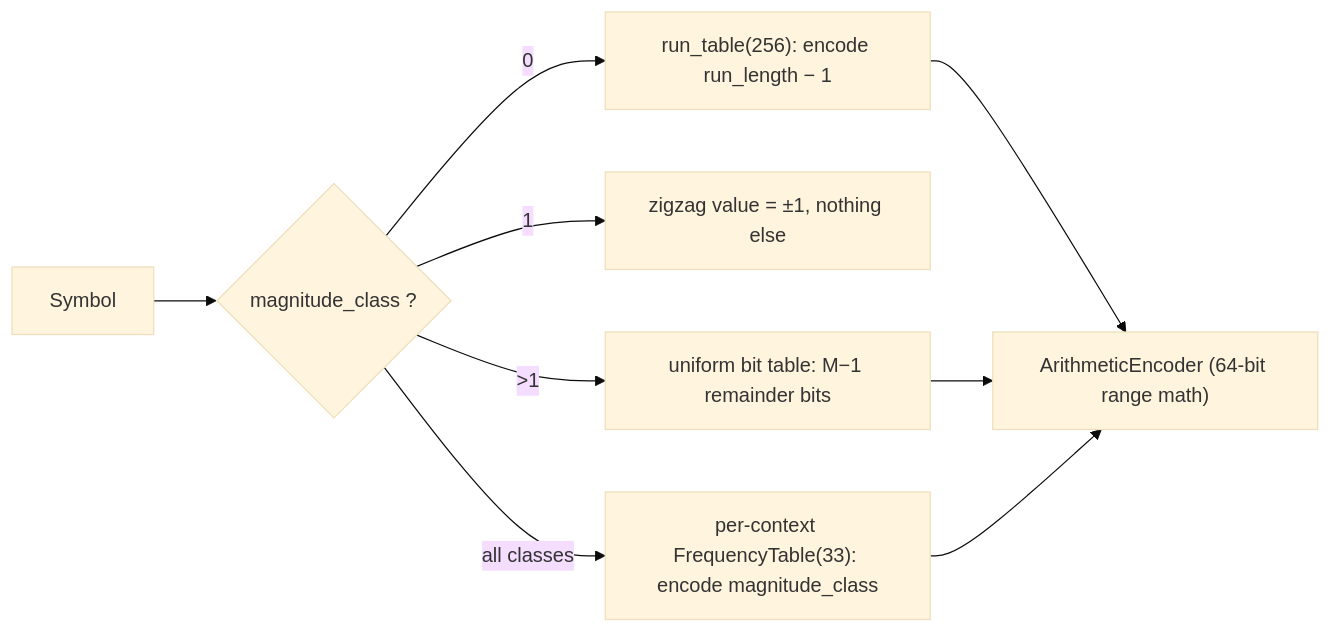
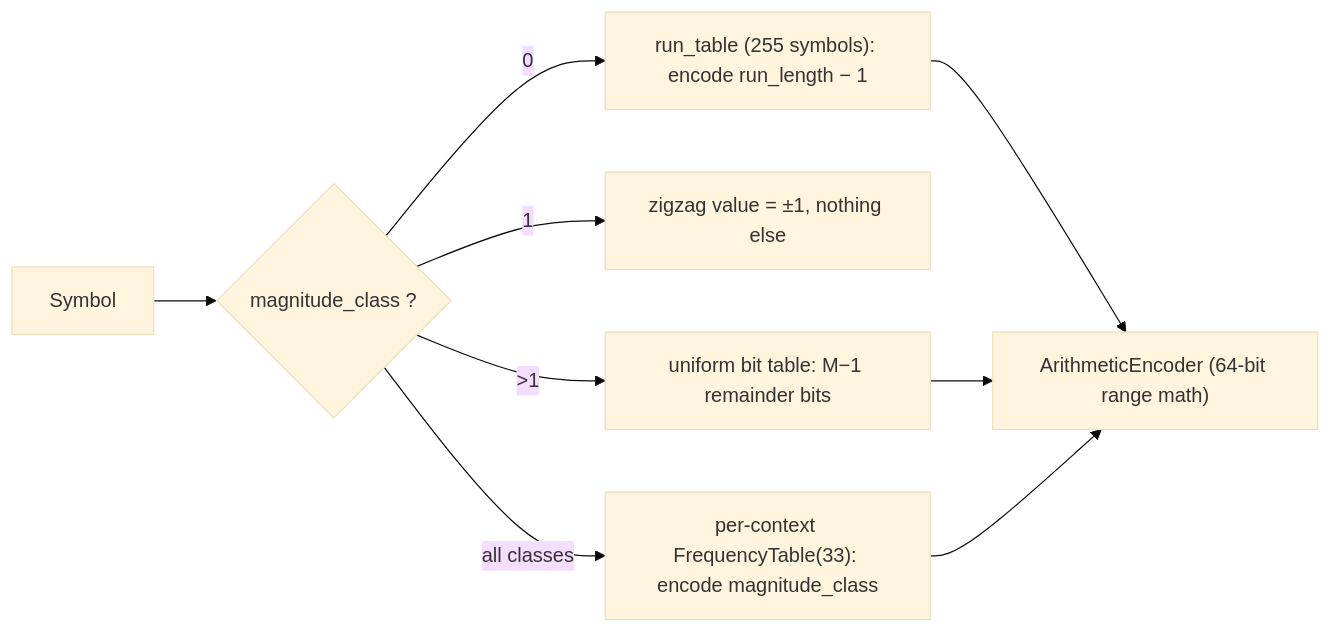
The sixth of 10 diagrams in docs/pipeline.md (yashwk/libxtm), drawn with Mermaid (base theme) before and after one commit. The commit also changed other lines of this file and 30 other files, not shown here.

````diff
--- a/docs/pipeline.md
+++ b/docs/pipeline.md
@@ -278,11 +281,11 @@
 ```mermaid
 flowchart LR
     SYM["Symbol"] --> M0{"magnitude_class ?"}
-    M0 -- "0" --> RT["run_table(256): encode run_length − 1"]
+    M0 -- "0" --> RT["run_table (255 symbols): encode run_length − 1"]
     M0 -- "1" --> MAG1["zigzag value = ±1, nothing else"]
     M0 -- ">1" --> REMB["uniform bit table: M−1 remainder bits"]
     M0 -- "all classes" --> CT["per-context FrequencyTable(33): encode magnitude_class"]
     RT --> AC["ArithmeticEncoder (64-bit range math)"]
     REMB --> AC
     CT --> AC
 ```
````
